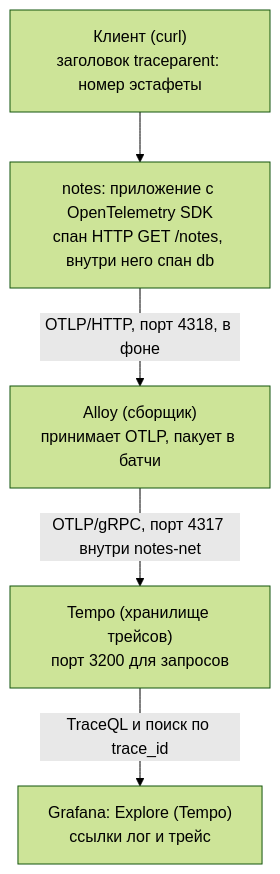
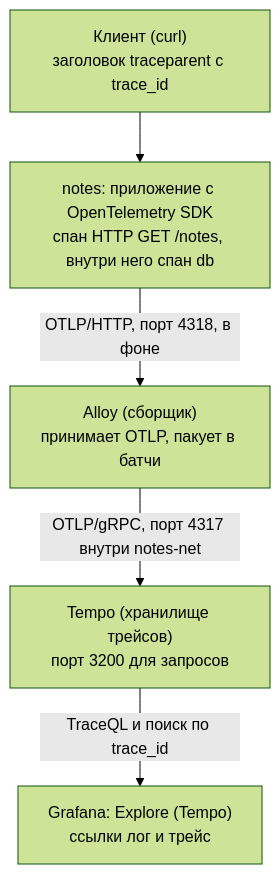
One commit to distinguished-sre/learning changed the first of 4 diagrams in devops/08-observability/08-tracing.md. Above: the diagram before and after it, drawn with Mermaid (forest theme). The commit also changed other lines of this file and 462 other files, not shown here.

````diff
--- a/devops/08-observability/08-tracing.md
+++ b/devops/08-observability/08-tracing.md
@@ -42,7 +42,7 @@
 ```mermaid
 flowchart TD
-    CL["Клиент (curl)<br>заголовок traceparent: номер эстафеты"] --> APP["notes: приложение с OpenTelemetry SDK<br>спан HTTP GET /notes, внутри него спан db"]
+    CL["Клиент (curl)<br>заголовок traceparent с trace_id"] --> APP["notes: приложение с OpenTelemetry SDK<br>спан HTTP GET /notes, внутри него спан db"]
     APP -->|"OTLP/HTTP, порт 4318, в фоне"| AL["Alloy (сборщик)<br>принимает OTLP, пакует в батчи"]
     AL -->|"OTLP/gRPC, порт 4317 внутри notes-net"| TP["Tempo (хранилище трейсов)<br>порт 3200 для запросов"]
     TP -->|"TraceQL и поиск по trace_id"| GR["Grafana: Explore (Tempo)<br>ссылки лог и трейс"]
 ```
````
